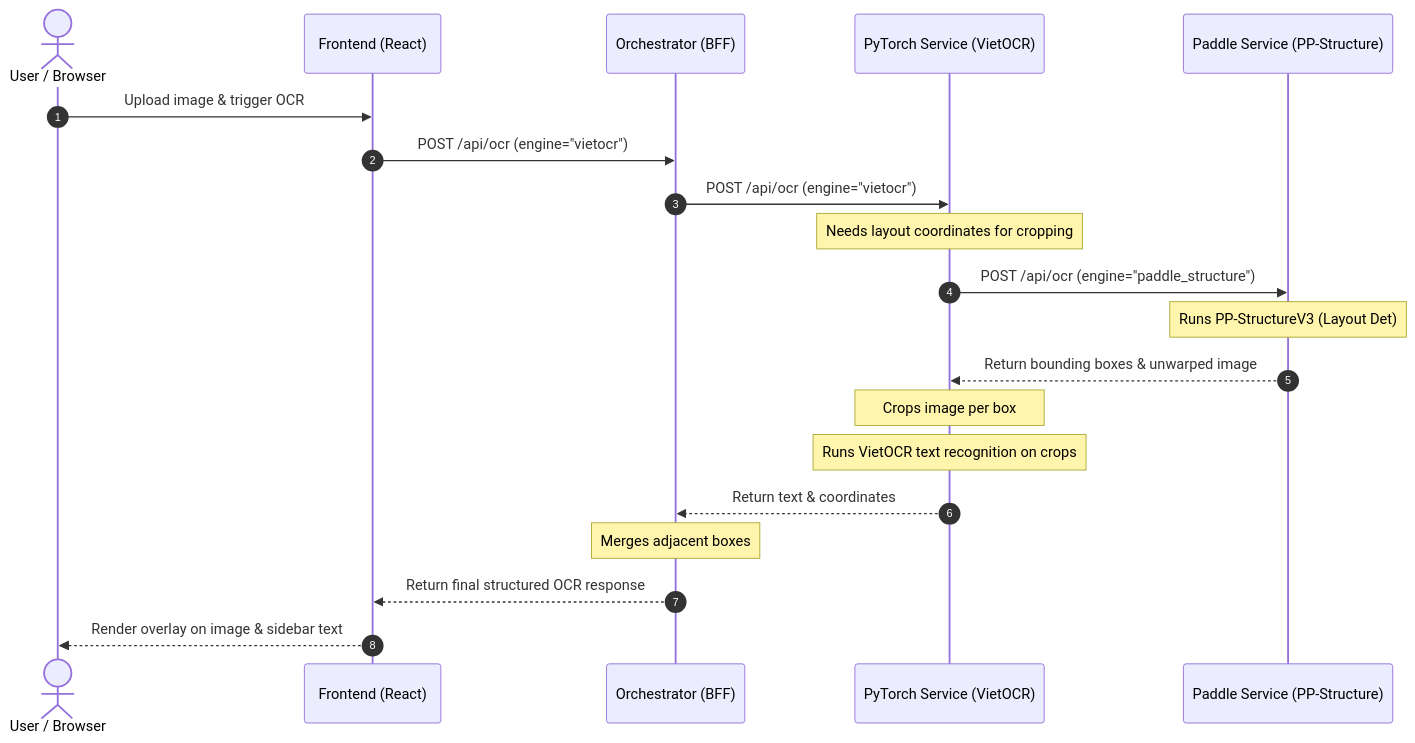
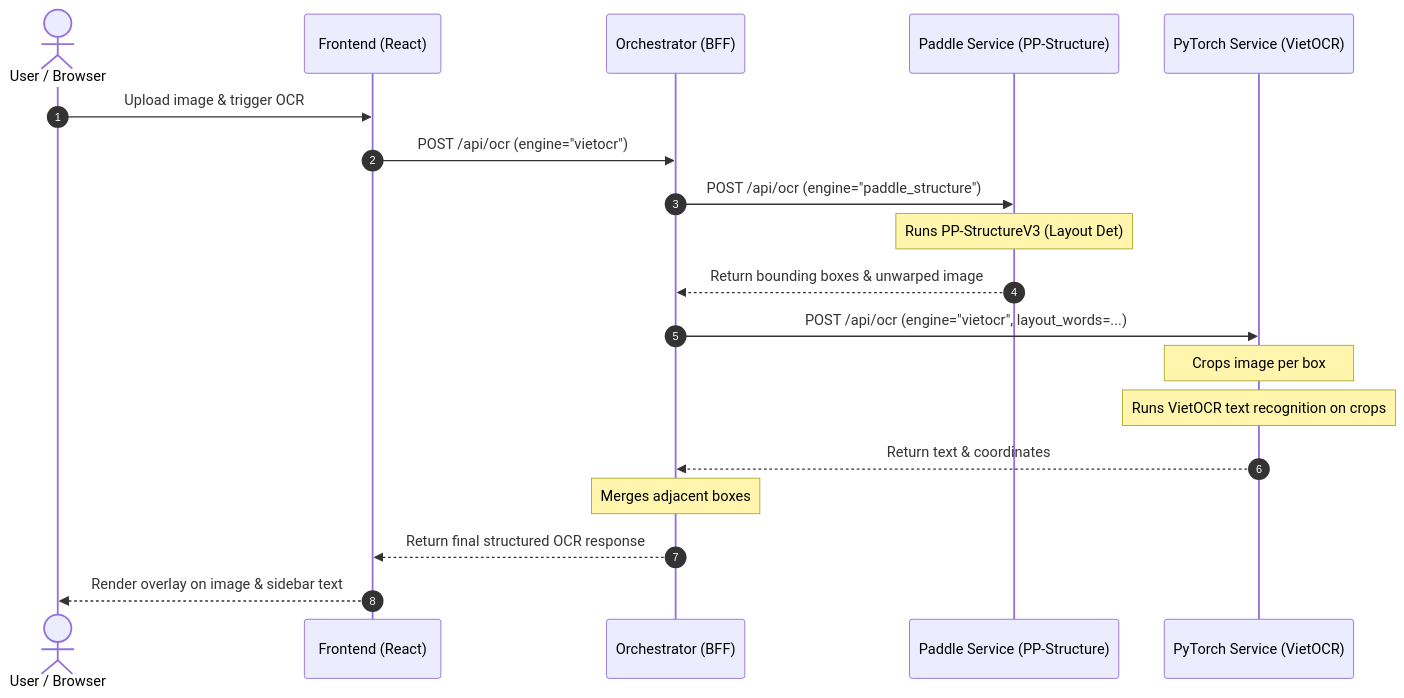
The second of 2 diagrams in README.md (DucAnhishere/OCR-playground), drawn with Mermaid before and after one commit. The commit also changed other lines of this file, not shown here.

Commit message:
docs: Update architecture diagrams and documentation in README

````diff
--- a/README.md
+++ b/README.md
@@ -68,23 +66,22 @@
 ```mermaid
 sequenceDiagram
     autonumber
     actor User as User / Browser
     participant FE as Frontend (React)
     participant BFF as Orchestrator (BFF)
+    participant PD as Paddle Service (PP-Structure)
     participant PY as PyTorch Service (VietOCR)
-    participant PD as Paddle Service (PP-Structure)
     
     User->>FE: Upload image & trigger OCR
     FE->>BFF: POST /api/ocr (engine="vietocr")
-    BFF->>PY: POST /api/ocr (engine="vietocr")
-    Note over PY: Needs layout coordinates for cropping
-    PY->>PD: POST /api/ocr (engine="paddle_structure")
+    BFF->>PD: POST /api/ocr (engine="paddle_structure")
     Note over PD: Runs PP-StructureV3 (Layout Det)
-    PD-->>PY: Return bounding boxes & unwarped image
+    PD-->>BFF: Return bounding boxes & unwarped image
+    BFF->>PY: POST /api/ocr (engine="vietocr", layout_words=...)
     Note over PY: Crops image per box
     Note over PY: Runs VietOCR text recognition on crops
     PY-->>BFF: Return text & coordinates
     Note over BFF: Merges adjacent boxes
     BFF-->>FE: Return final structured OCR response
     FE-->>User: Render overlay on image & sidebar text
 ```
````
